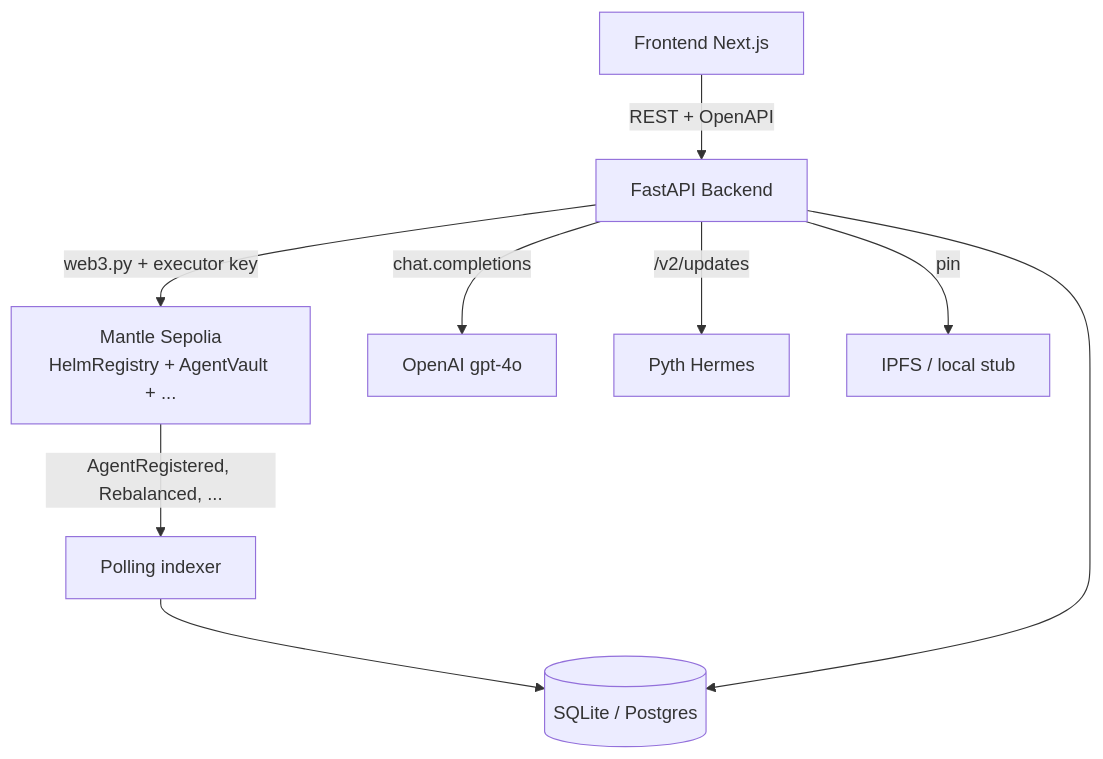
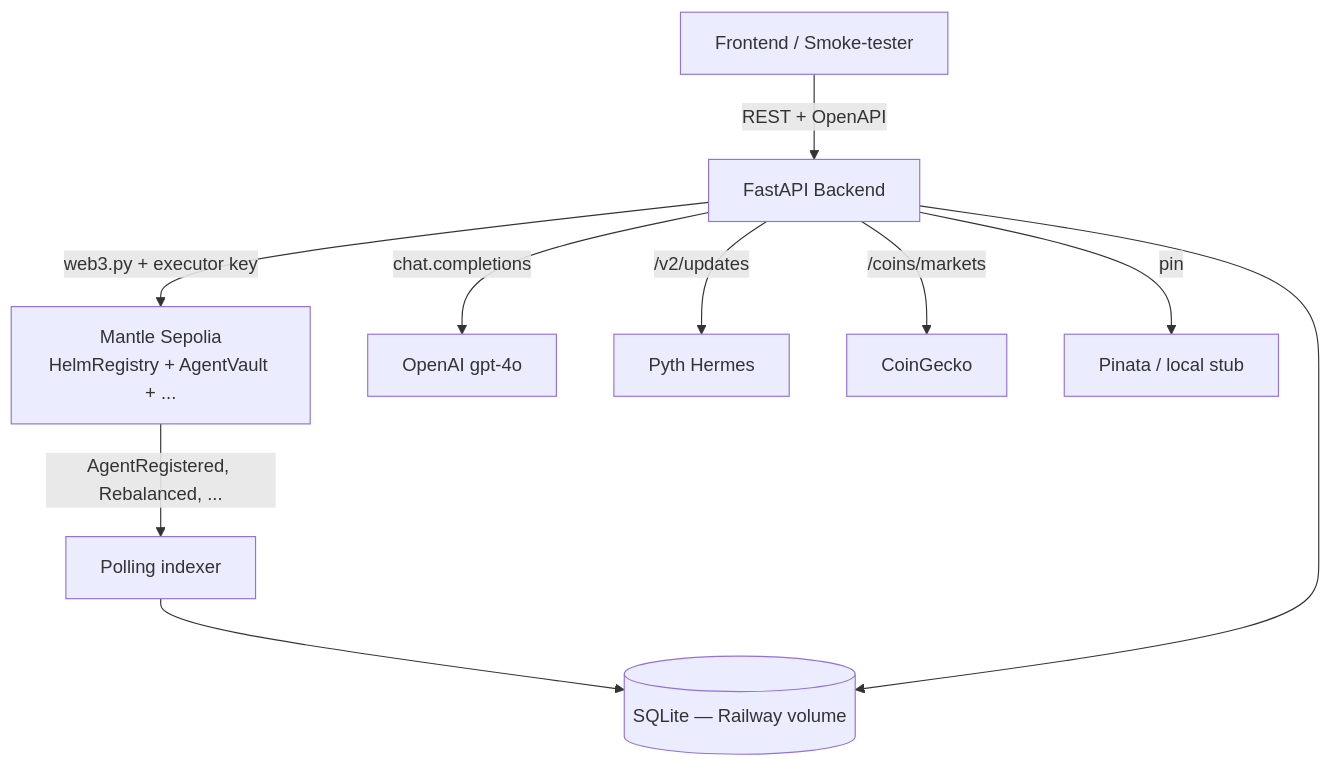
Before and after one commit to helmfinance/backend: the diagram in README.md, drawn with Mermaid. The commit also changed other lines of this file, not shown here.

Commit message:
docs(readme): add architecture, production, setup, endpoints, troubleshooting

````diff
--- a/README.md
+++ b/README.md
@@ -35,11 +42,12 @@
 ```mermaid
 graph TB
-    FE[Frontend Next.js] -->|REST + OpenAPI| BE[FastAPI Backend]
+    FE[Frontend / Smoke-tester] -->|REST + OpenAPI| BE[FastAPI Backend]
     BE -->|web3.py + executor key| SC[Mantle Sepolia<br/>HelmRegistry + AgentVault + ...]
     BE -->|chat.completions| OAI[OpenAI gpt-4o]
     BE -->|/v2/updates| Pyth[Pyth Hermes]
-    BE -->|pin| IPFS[IPFS / local stub]
+    BE -->|/coins/markets| CG[CoinGecko]
+    BE -->|pin| IPFS[Pinata / local stub]
     SC -->|AgentRegistered, Rebalanced, ...| Indexer[Polling indexer]
-    Indexer --> DB[(SQLite / Postgres)]
+    Indexer --> DB[(SQLite — Railway volume)]
     BE --> DB
 ```
````
